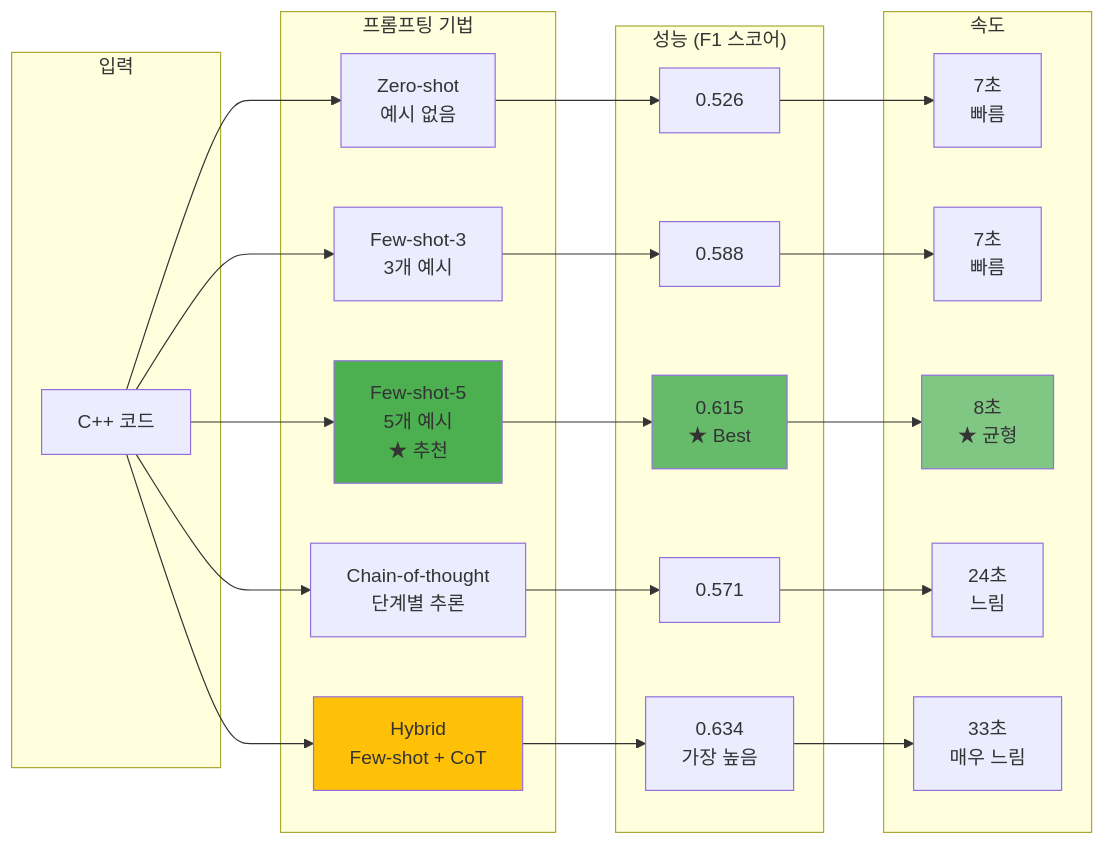
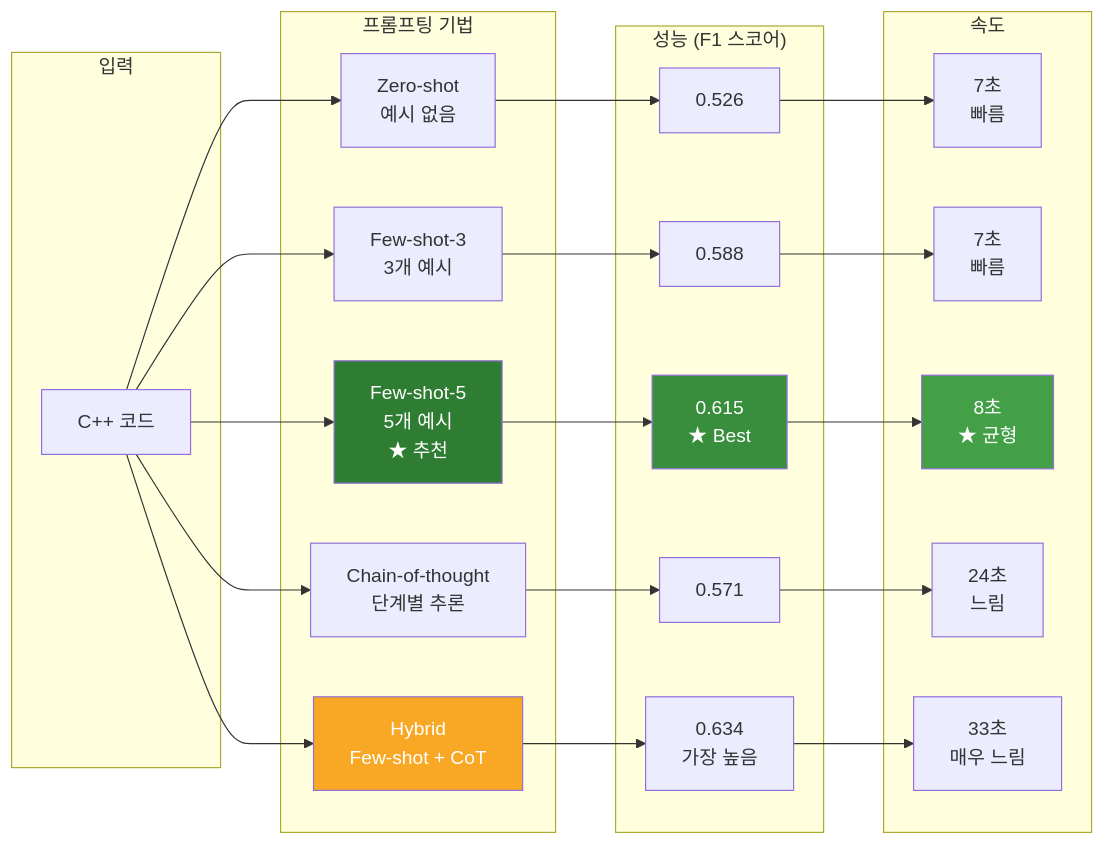
Before and after one commit to ApeachM/llm-code-reviewer: the sixth of 15 diagrams in docs/PROJECT_OVERVIEW.md, drawn with Mermaid. The commit also changed other lines of this file and 2 other files, not shown here.

First line of the commit message:
docs: Update Mermaid diagram colors for improved dark theme readability

````diff
--- a/docs/PROJECT_OVERVIEW.md
+++ b/docs/PROJECT_OVERVIEW.md
@@ -240,35 +240,35 @@
 ```mermaid
 graph LR
     subgraph "입력"
         Code[C++ 코드]
     end
 
     subgraph "프롬프팅 기법"
         Code --> ZS[Zero-shot<br/>예시 없음]
         Code --> FS3[Few-shot-3<br/>3개 예시]
         Code --> FS5[Few-shot-5<br/>5개 예시<br/>★ 추천]
         Code --> CoT[Chain-of-thought<br/>단계별 추론]
         Code --> Hybrid[Hybrid<br/>Few-shot + CoT]
     end
 
     subgraph "성능 (F1 스코어)"
         ZS --> R1[0.526]
         FS3 --> R2[0.588]
         FS5 --> R3[0.615<br/>★ Best]
         CoT --> R4[0.571]
         Hybrid --> R5[0.634<br/>가장 높음]
     end
 
     subgraph "속도"
         R1 --> S1[7초<br/>빠름]
         R2 --> S2[7초<br/>빠름]
         R3 --> S3[8초<br/>★ 균형]
         R4 --> S4[24초<br/>느림]
         R5 --> S5[33초<br/>매우 느림]
     end
 
-    style FS5 fill:#4caf50
-    style R3 fill:#66bb6a
-    style S3 fill:#81c784
-    style Hybrid fill:#ffc107
+    style FS5 fill:#2e7d32,color:#fff
+    style R3 fill:#388e3c,color:#fff
+    style S3 fill:#43a047,color:#fff
+    style Hybrid fill:#f9a825,color:#fff
 ```
````
